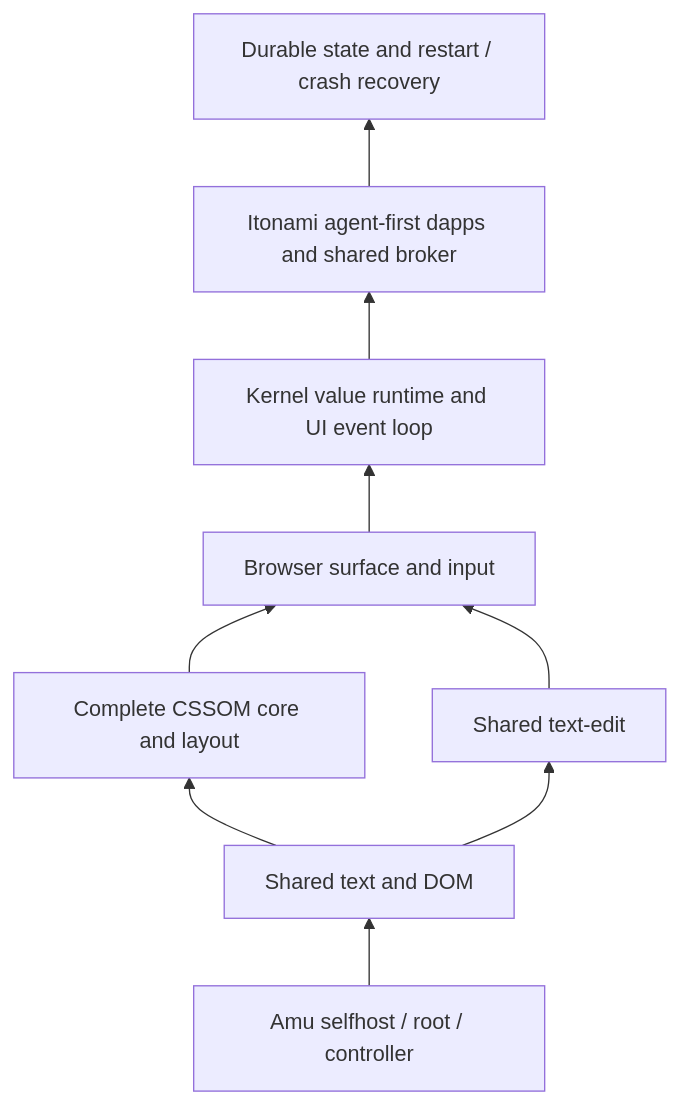
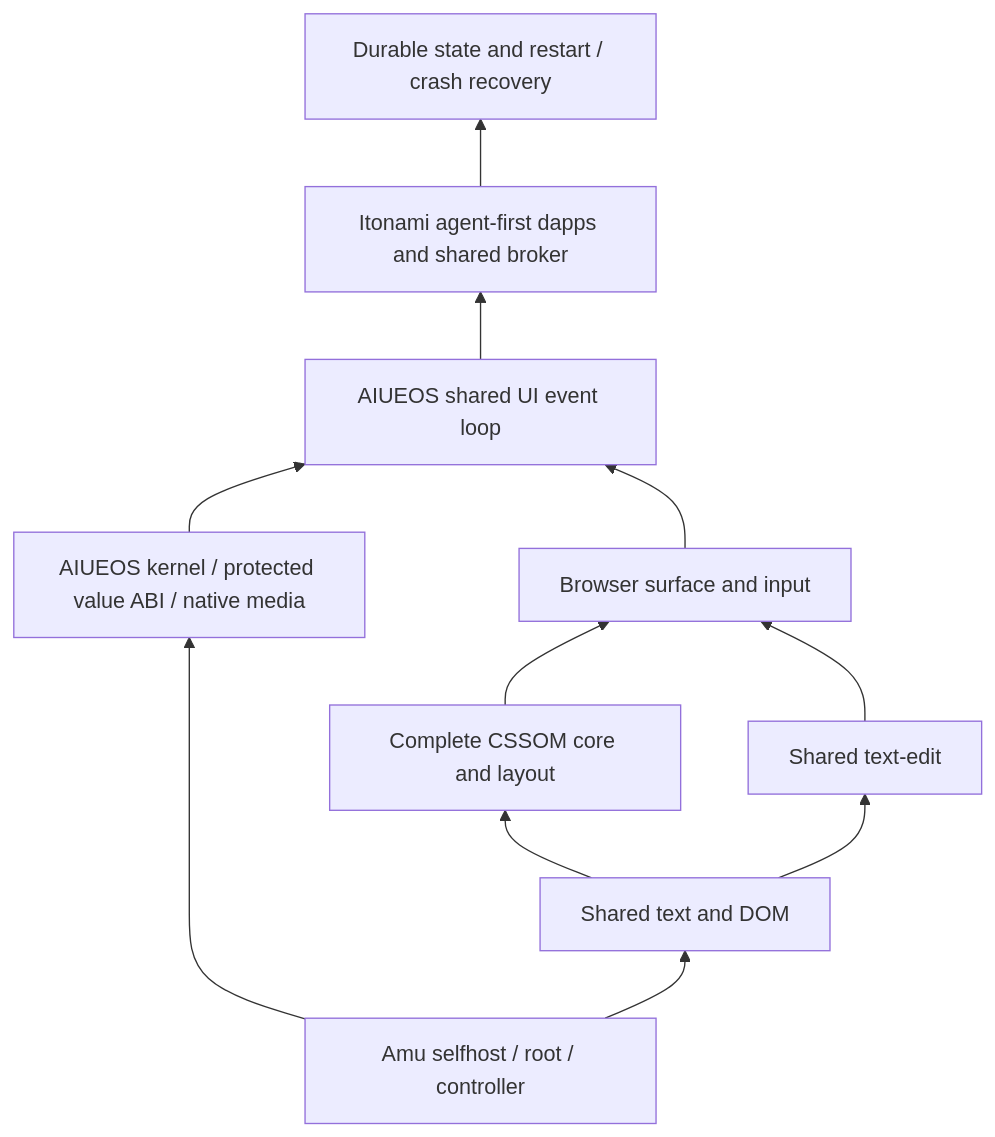
Before and after one commit to kotoba-lang/aiueos: the diagram in 90-docs/shared-browser-native-progress.md, drawn with Mermaid. The commit also changed other lines of this file and 1 other file, not shown here.

Commit message:
docs: place protected runtime below shared UI integration

````diff
--- a/90-docs/shared-browser-native-progress.md
+++ b/90-docs/shared-browser-native-progress.md
@@ -7,11 +7,13 @@
 ```mermaid
 flowchart BT
   A[Amu selfhost / root / controller] --> T[Shared text and DOM]
+  A --> K[AIUEOS kernel / protected value ABI / native media]
   T --> E[Shared text-edit]
   T --> C[Complete CSSOM core and layout]
   C --> B[Browser surface and input]
   E --> B
-  B --> K[Kernel value runtime and UI event loop]
-  K --> I[Itonami agent-first dapps and shared broker]
+  K --> U[AIUEOS shared UI event loop]
+  B --> U
+  U --> I[Itonami agent-first dapps and shared broker]
   I --> R[Durable state and restart / crash recovery]
 ```
````
